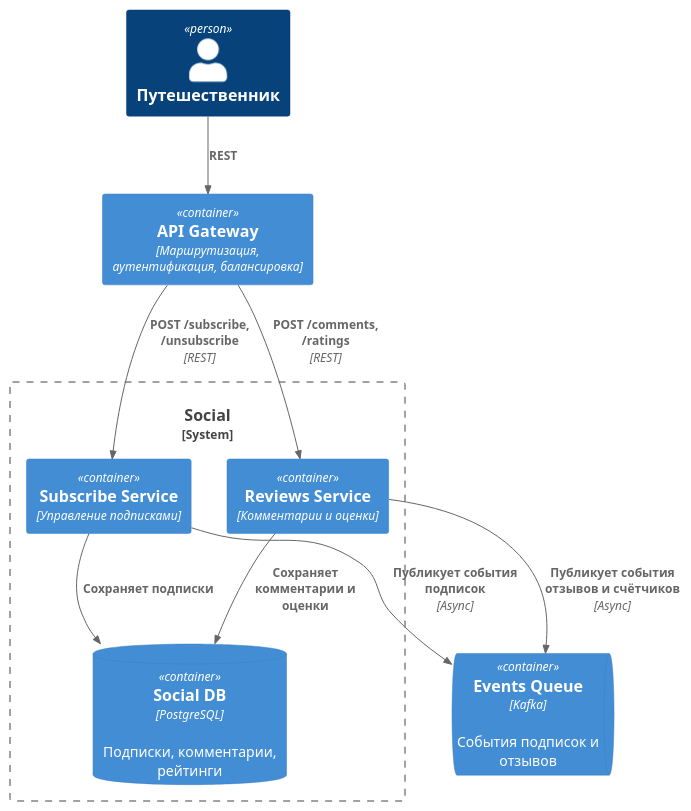
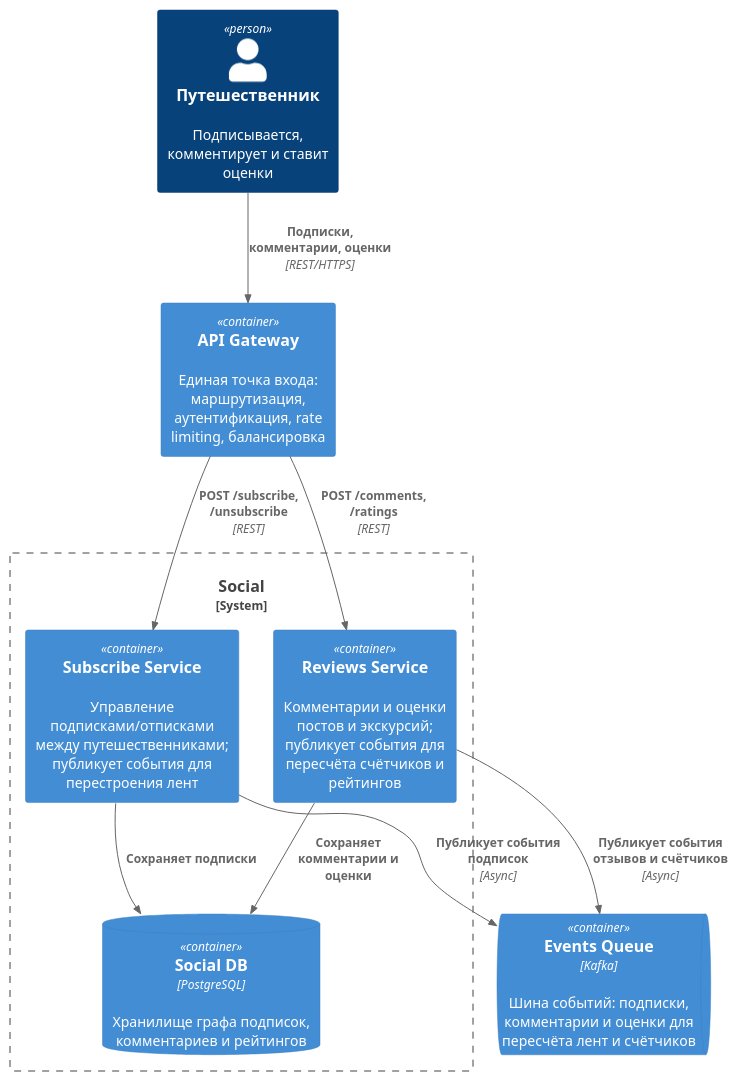
The diagram in architecture/social_system/container.puml (AleksandrTherzyan/social_network_system_design), drawn with PlantUML before and after one commit. The commit also changed 10 other files, not shown here.

```diff
--- a/architecture/social_system/container.puml
+++ b/architecture/social_system/container.puml
@@ -1,23 +1,23 @@
-@startuml
+@startuml social_system
 !include <C4/C4_Container>
 
-Person(traveler, "Путешественник")
-Container(apiGateway, "API Gateway", "Маршрутизация, аутентификация, балансировка")
-ContainerQueue(kafka, "Events Queue", "Kafka", "События подписок и отзывов")
+Person(traveler, "Путешественник", "Подписывается, комментирует и ставит оценки")
+Container(apiGateway, "API Gateway", "", "Единая точка входа: маршрутизация, аутентификация, rate limiting, балансировка")
+ContainerQueue(kafka, "Events Queue", "Kafka", "Шина событий: подписки, комментарии и оценки для пересчёта лент и счётчиков")
 
 System_Boundary(socialSystem, "Social") {
-    Container(subscribe, "Subscribe Service", "Управление подписками")
-    Container(reviews, "Reviews Service", "Комментарии и оценки")
-    ContainerDb(socialDb, "Social DB", "PostgreSQL", "Подписки, комментарии, рейтинги")
+    Container(subscribe, "Subscribe Service", "", "Управление подписками/отписками между путешественниками; публикует события для перестроения лент")
+    Container(reviews, "Reviews Service", "", "Комментарии и оценки постов и экскурсий; публикует события для пересчёта счётчиков и рейтингов")
+    ContainerDb(socialDb, "Social DB", "PostgreSQL", "Хранилище графа подписок, комментариев и рейтингов")
 }
 
-Rel(traveler, apiGateway, "REST")
+Rel(traveler, apiGateway, "Подписки, комментарии, оценки", "REST/HTTPS")
 Rel(apiGateway, subscribe, "POST /subscribe, /unsubscribe", "REST")
 Rel(apiGateway, reviews, "POST /comments, /ratings", "REST")
 
 Rel(subscribe, socialDb, "Сохраняет подписки")
 Rel(subscribe, kafka, "Публикует события подписок", "Async")
 
 Rel(reviews, socialDb, "Сохраняет комментарии и оценки")
 Rel(reviews, kafka, "Публикует события отзывов и счётчиков", "Async")
 @enduml
```
